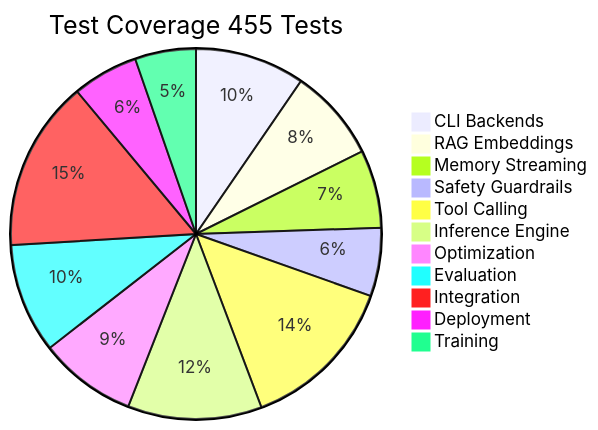
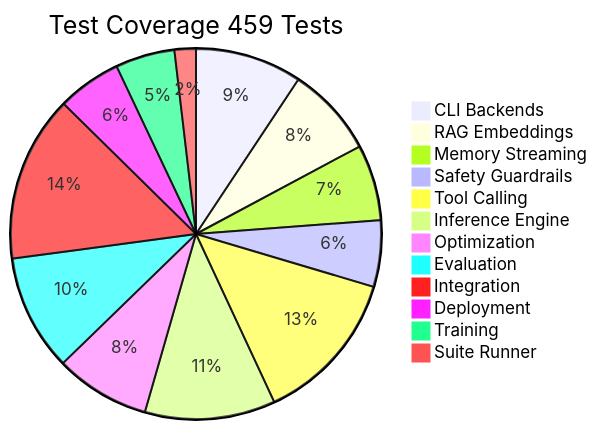
Before and after one commit to rbkhan007/Photato-Phi-3-Custom-Model: the tenth of 14 diagrams in README.md, drawn with Mermaid. The commit also changed other lines of this file, not shown here.

First line of the commit message:
docs: Full README overhaul — TUI, 53 tools, 459 tests, benchmark results

````diff
--- a/README.md
+++ b/README.md
@@ -1041,14 +1111,15 @@
 ```mermaid
-pie title Test Coverage 455 Tests
+pie title Test Coverage 459 Tests
     "CLI Backends" : 45
     "RAG Embeddings" : 38
     "Memory Streaming" : 32
     "Safety Guardrails" : 28
     "Tool Calling" : 65
     "Inference Engine" : 55
     "Optimization" : 40
-    "Evaluation" : 45
+    "Evaluation" : 49
     "Integration" : 70
     "Deployment" : 27
     "Training" : 25
+    "Suite Runner" : 9
 ```
````
